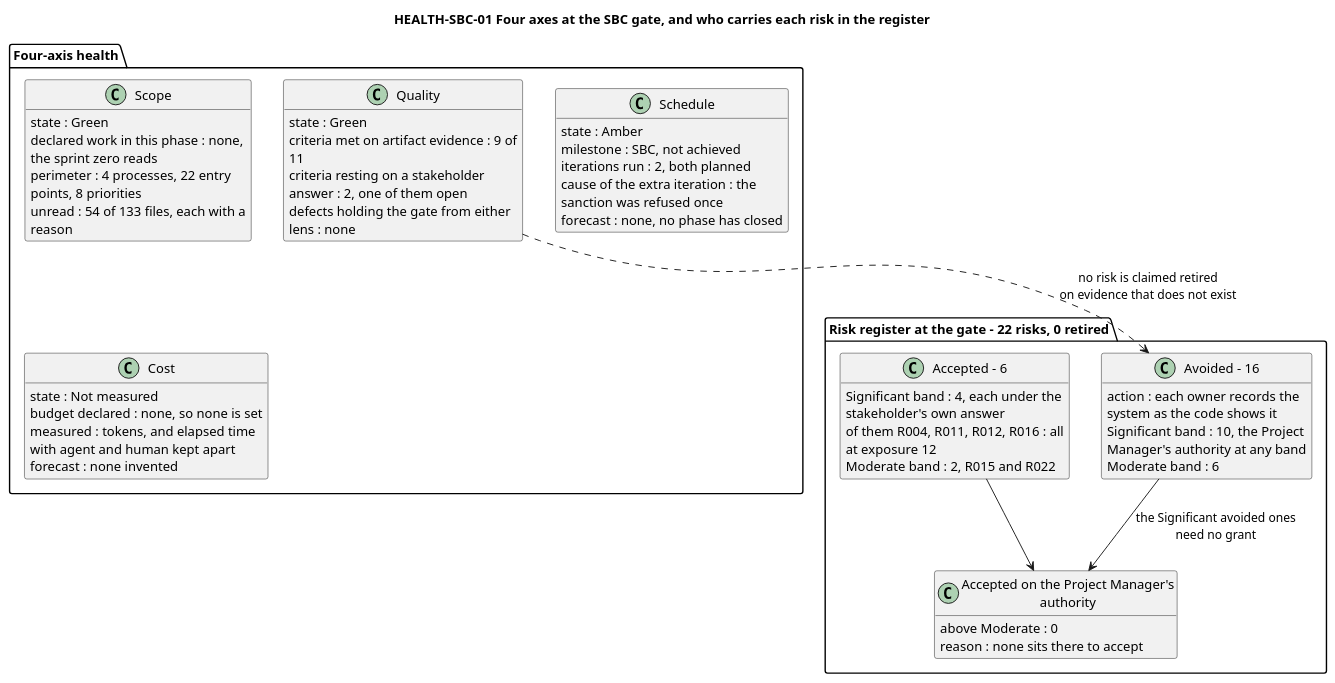
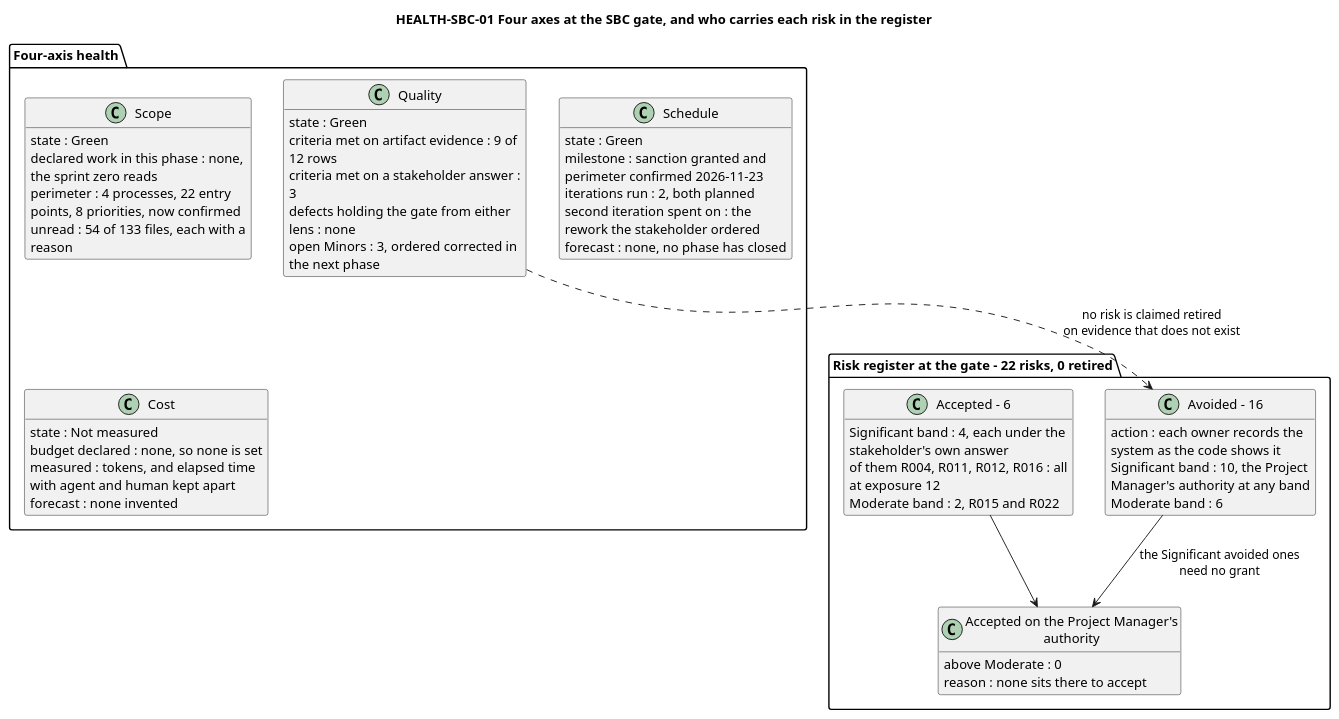
One commit to banense-test/TodoApp changed the third of 13 diagrams in docs/artifacts/project-management/review-record.md. Above: the diagram before and after it, drawn with PlantUML. The commit also changed other lines of this file, not shown here.

````diff
--- a/docs/artifacts/project-management/review-record.md
+++ b/docs/artifacts/project-management/review-record.md
@@ -237,59 +234,60 @@
 ```plantuml
 @startuml
 title HEALTH-SBC-01 Four axes at the SBC gate, and who carries each risk in the register
 
 skinparam shadowing false
 skinparam classAttributeIconSize 0
 hide empty members
 skinparam wrapWidth 250
 
 package "Four-axis health" {
   class "Scope" as SC {
     state : Green
     declared work in this phase : none, the sprint zero reads
-    perimeter : 4 processes, 22 entry points, 8 priorities
+    perimeter : 4 processes, 22 entry points, 8 priorities, now confirmed
     unread : 54 of 133 files, each with a reason
   }
   class "Schedule" as SD {
-    state : Amber
-    milestone : SBC, not achieved
+    state : Green
+    milestone : sanction granted and perimeter confirmed 2026-11-23
     iterations run : 2, both planned
-    cause of the extra iteration : the sanction was refused once
+    second iteration spent on : the rework the stakeholder ordered
     forecast : none, no phase has closed
   }
   class "Cost" as CO {
     state : Not measured
     budget declared : none, so none is set
     measured : tokens, and elapsed time with agent and human kept apart
     forecast : none invented
   }
   class "Quality" as QU {
     state : Green
-    criteria met on artifact evidence : 9 of 11
-    criteria resting on a stakeholder answer : 2, one of them open
+    criteria met on artifact evidence : 9 of 12 rows
+    criteria met on a stakeholder answer : 3
     defects holding the gate from either lens : none
+    open Minors : 3, ordered corrected in the next phase
   }
 }
 
 package "Risk register at the gate - 22 risks, 0 retired" {
   class "Avoided - 16" as AV {
     action : each owner records the system as the code shows it
     Significant band : 10, the Project Manager's authority at any band
     Moderate band : 6
   }
   class "Accepted - 6" as AC {
     Significant band : 4, each under the stakeholder's own answer
     of them R004, R011, R012, R016 : all at exposure 12
     Moderate band : 2, R015 and R022
   }
   class "Accepted on the Project Manager's authority" as PMA {
     above Moderate : 0
     reason : none sits there to accept
   }
 }
 
 AV --> PMA : the Significant avoided ones\nneed no grant
 AC --> PMA
 QU ..> AV : no risk is claimed retired\non evidence that does not exist
 @enduml
 ```
````
